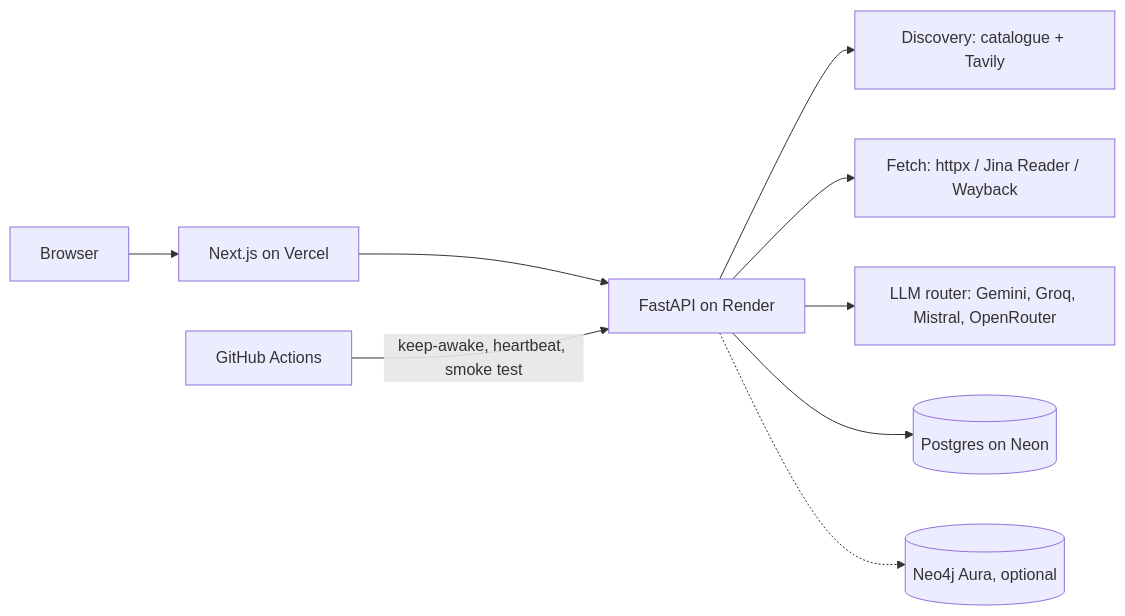
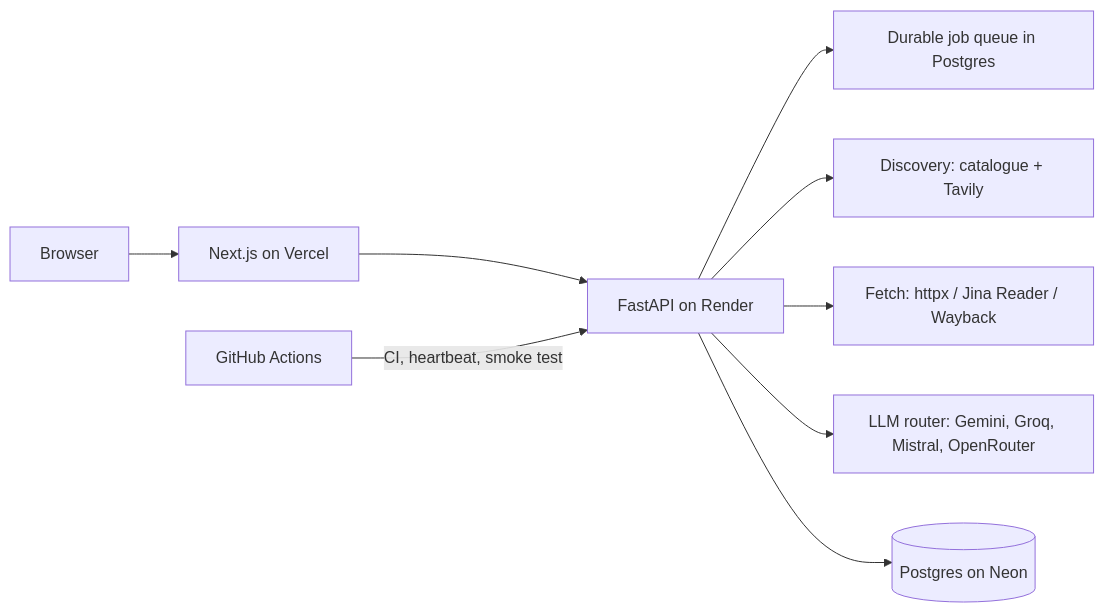
The diagram in README.md (siddhi-works/Ritam), drawn with Mermaid before and after one commit. The commit also changed other lines of this file and 74 other files, not shown here.

````diff
--- a/README.md
+++ b/README.md
@@ -40,11 +49,11 @@
 ```mermaid
 flowchart LR
   U[Browser] --> W[Next.js on Vercel]
   W --> A[FastAPI on Render]
+  A --> Q[Durable job queue in Postgres]
   A --> D[Discovery: catalogue + Tavily]
   A --> F[Fetch: httpx / Jina Reader / Wayback]
   A --> L[LLM router: Gemini, Groq, Mistral, OpenRouter]
   A --> P[(Postgres on Neon)]
-  A -.-> N[(Neo4j Aura, optional)]
-  G[GitHub Actions] -->|keep-awake, heartbeat, smoke test| A
+  G[GitHub Actions] -->|CI, heartbeat, smoke test| A
 ```
````
